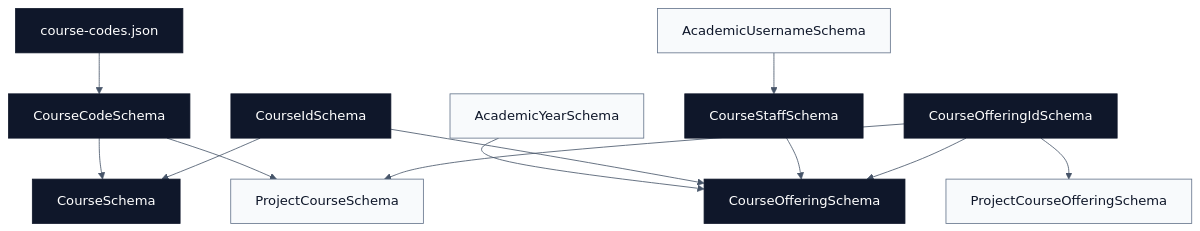
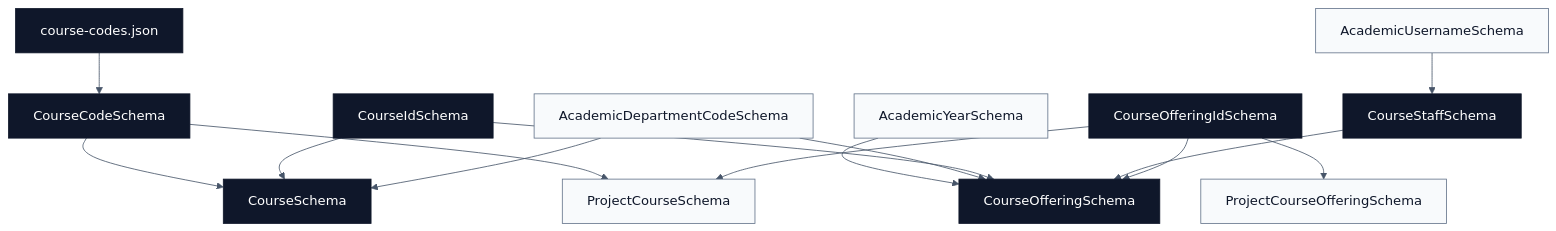
The diagram in docs/courses.md (csc3213-2026-group-b/academic-domain-schemas), drawn with Mermaid before and after one commit. The commit also changed other lines of this file and 11 other files, not shown here.

Commit message:
feat: support science department metadata across schemas

````diff
--- a/docs/courses.md
+++ b/docs/courses.md
@@ -28,37 +28,40 @@
 ```mermaid
 %%{init: {"theme": "base", "themeVariables": {"primaryColor": "#f8fafc", "primaryTextColor": "#0f172a", "primaryBorderColor": "#64748b", "lineColor": "#475569"}}}%%
 flowchart TD
   CourseCodes["course-codes.json"]
   CourseCodeSchema["CourseCodeSchema"]
   CourseIdSchema["CourseIdSchema"]
   CourseSchema["CourseSchema"]
   CourseStaffSchema["CourseStaffSchema"]
   CourseOfferingIdSchema["CourseOfferingIdSchema"]
   CourseOfferingSchema["CourseOfferingSchema"]
   AcademicYearSchema["AcademicYearSchema"]
+  AcademicDepartmentCodeSchema["AcademicDepartmentCodeSchema"]
   AcademicUsernameSchema["AcademicUsernameSchema"]
   ProjectCourseSchema["ProjectCourseSchema"]
   ProjectCourseOfferingSchema["ProjectCourseOfferingSchema"]
 
   CourseCodes --> CourseCodeSchema
   CourseCodeSchema --> CourseSchema
   CourseIdSchema --> CourseSchema
   AcademicUsernameSchema --> CourseStaffSchema
   AcademicYearSchema --> CourseOfferingSchema
+  AcademicDepartmentCodeSchema --> CourseSchema
+  AcademicDepartmentCodeSchema --> CourseOfferingSchema
   CourseIdSchema --> CourseOfferingSchema
   CourseStaffSchema --> CourseOfferingSchema
   CourseOfferingIdSchema --> CourseOfferingSchema
   CourseCodeSchema --> ProjectCourseSchema
   CourseOfferingIdSchema --> ProjectCourseSchema
   CourseOfferingIdSchema --> ProjectCourseOfferingSchema
 
   click AcademicYearSchema "./academics.md" "Academic year docs"
   click AcademicUsernameSchema "./people.md" "People identifier docs"
   click ProjectCourseSchema "./projects.md" "Project course docs"
   click ProjectCourseOfferingSchema "./projects.md" "Project course offering docs"
 
   classDef core fill:#0f172a,color:#ffffff,stroke:#0f172a
   classDef external fill:#f8fafc,color:#0f172a,stroke:#64748b
   class CourseCodes,CourseCodeSchema,CourseIdSchema,CourseSchema,CourseStaffSchema,CourseOfferingIdSchema,CourseOfferingSchema core
-  class AcademicYearSchema,AcademicUsernameSchema,ProjectCourseSchema,ProjectCourseOfferingSchema external
+  class AcademicYearSchema,AcademicDepartmentCodeSchema,AcademicUsernameSchema,ProjectCourseSchema,ProjectCourseOfferingSchema external
 ```
````
